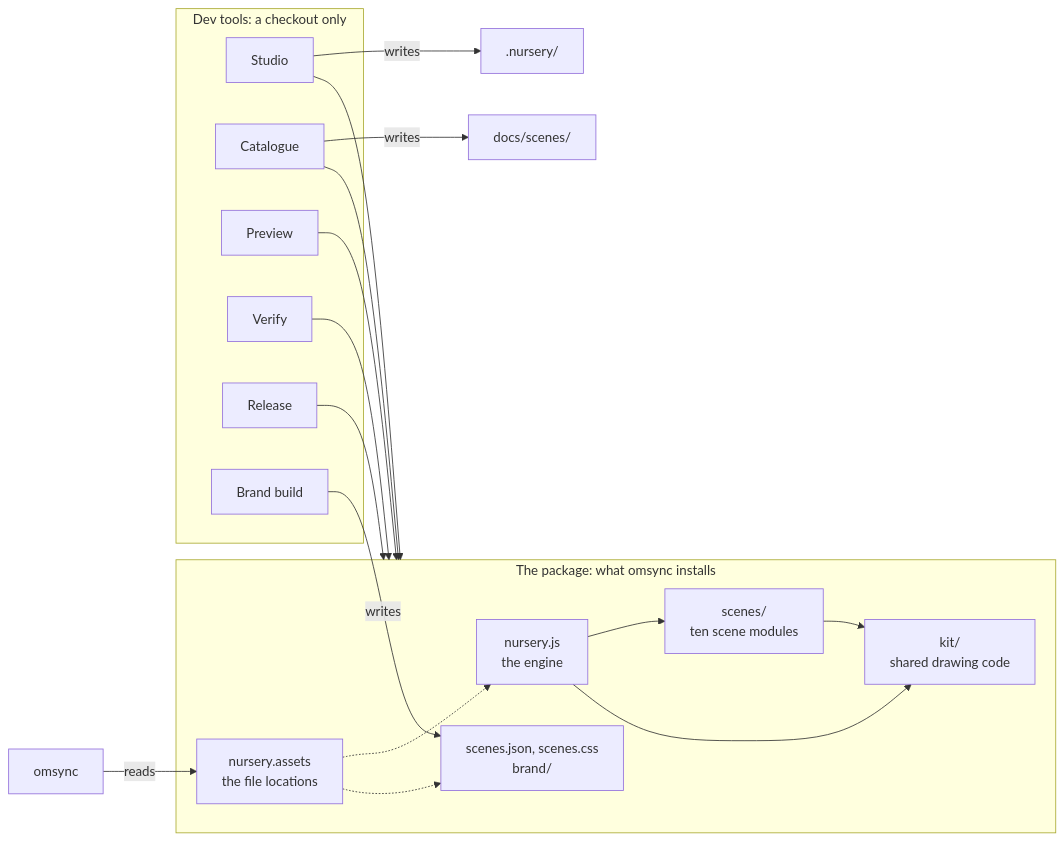
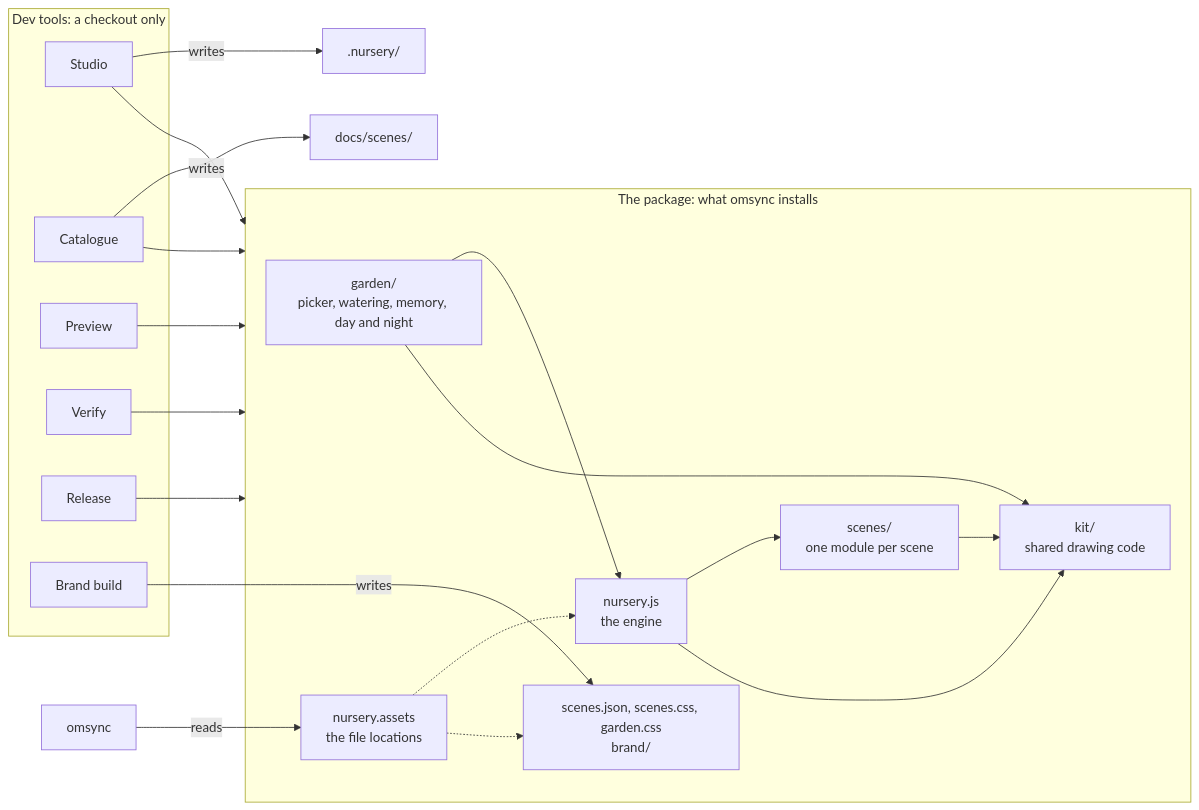
Before and after one commit to spinningyoyo/omsync-nursery: the first of 6 diagrams in docs/overview.md, drawn with Mermaid. The commit also changed other lines of this file and 12 other files, not shown here.

First line of the commit message:
feat(garden): share the scene picker, watering mascot and day and night with hosts

````diff
--- a/docs/overview.md
+++ b/docs/overview.md
@@ -12,28 +13,30 @@
 ```mermaid
 flowchart LR
     subgraph Package ["The package: what omsync installs"]
-        Engine["nursery.js<br/>the engine"] --> Scenes["scenes/<br/>ten scene modules"]
+        Garden["garden/<br/>picker, watering, memory, day and night"] --> Engine
+        Engine["nursery.js<br/>the engine"] --> Scenes["scenes/<br/>one module per scene"]
         Engine --> Kit["kit/<br/>shared drawing code"]
+        Garden --> Kit
         Scenes --> Kit
-        Files["scenes.json, scenes.css<br/>brand/"]
+        Files["scenes.json, scenes.css, garden.css<br/>brand/"]
         Assets["nursery.assets<br/>the file locations"] -.-> Engine
         Assets -.-> Files
     end
     subgraph Tools ["Dev tools: a checkout only"]
         Studio
         Catalogue
         Preview
         Verify
         Release
         BrandBuild["Brand build"]
     end
     Studio --> Package
     Catalogue --> Package
     Preview --> Package
     Verify --> Package
     Release --> Package
     BrandBuild -- writes --> Files
     Catalogue -- writes --> Docs["docs/scenes/"]
     Studio -- writes --> Work[".nursery/"]
     omsync -- reads --> Assets
 ```
````
